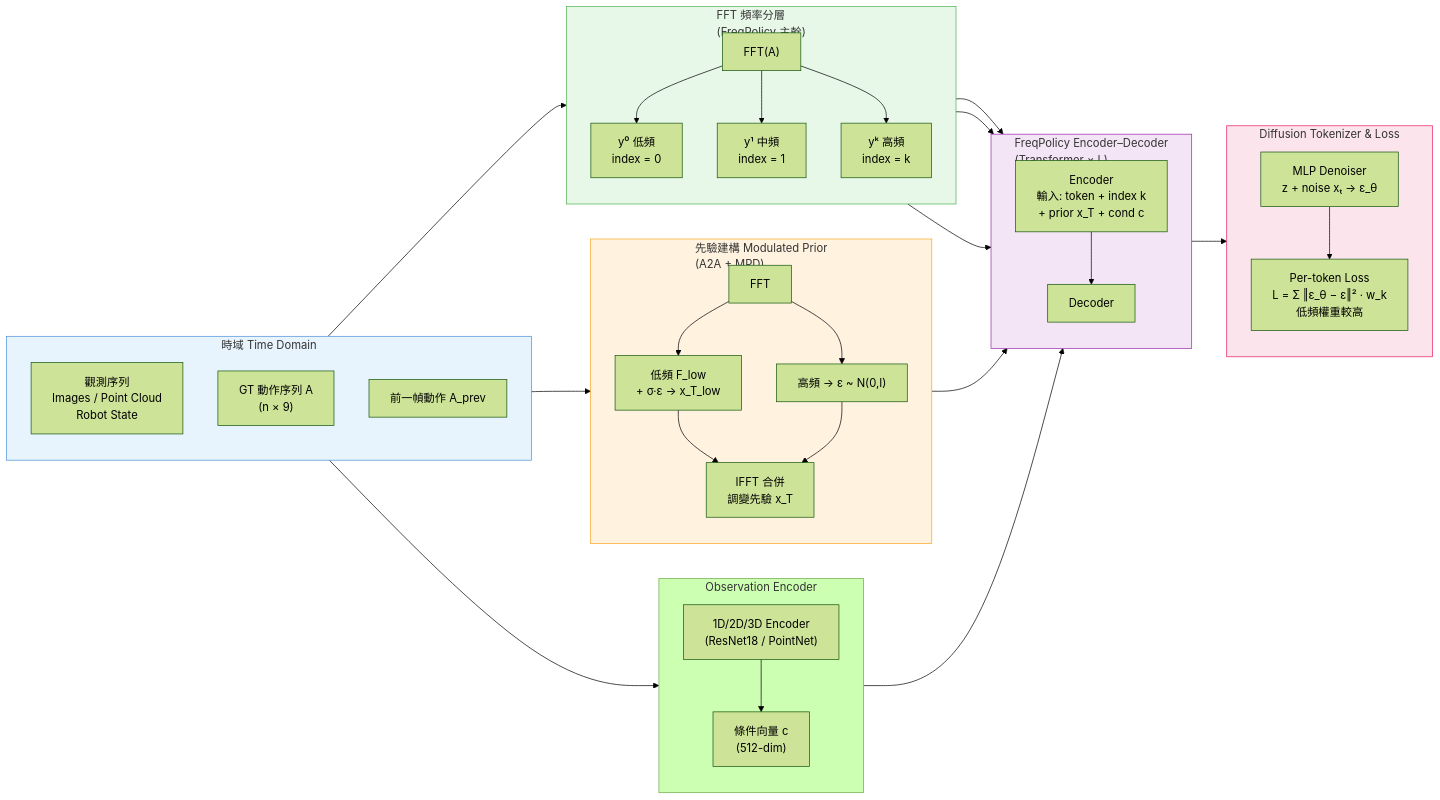
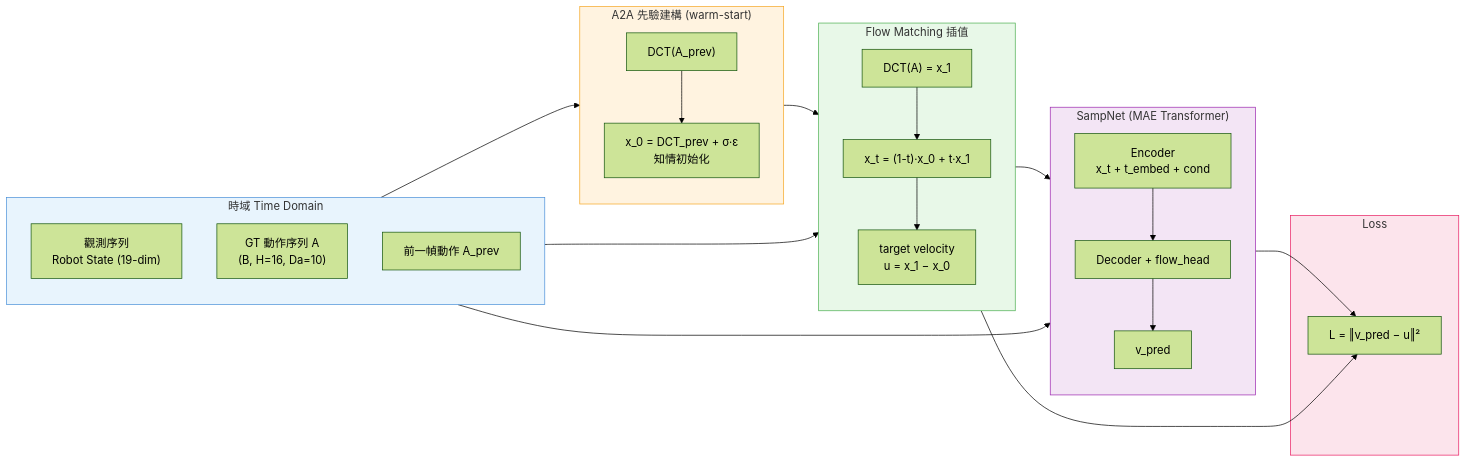
Before and after one commit to sodchuang/Spectral-Adaptive-Modulated-Prior-Diffusion: the first of 2 diagrams in README.md, drawn with Mermaid (forest theme). The commit also changed other lines of this file, not shown here.

````diff
--- a/README.md
+++ b/README.md
@@ -130,59 +7,46 @@
 ```mermaid
 flowchart LR
     subgraph TIME1["時域 Time Domain"]
         direction TB
-        OBS_IN["觀測序列\nImages / Point Cloud\nRobot State"]
-        GT["GT 動作序列 A\n(n × 9)"]
+        OBS_IN["觀測序列\nRobot State (19-dim)"]
+        GT["GT 動作序列 A\n(B, H=16, Da=10)"]
         AT1["前一幀動作 A_prev"]
     end
 
-    subgraph ENC_BLOCK["Observation Encoder"]
+    subgraph PRIOR_BLOCK["A2A 先驗建構 (warm-start)"]
         direction TB
-        OBS_IN --> ENCODER["1D/2D/3D Encoder\n(ResNet18 / PointNet)"]
-        ENCODER --> COND["條件向量 c\n(512-dim)"]
+        AT1 --> DCT_P["DCT(A_prev)"]
+        DCT_P --> X0["x_0 = DCT_prev + σ·ε\n知情初始化"]
     end
 
-    subgraph PRIOR_BLOCK["先驗建構 Modulated Prior\n(A2A + MPD)"]
+    subgraph FM_BLOCK["Flow Matching 插值"]
         direction TB
-        AT1 --> FFT_P["FFT"]
-        FFT_P --> FLOW_P["低頻 F_low\n+ σ·ε → x_T_low"]
-        FFT_P --> HIGH_P["高頻 → ε ~ N(0,I)"]
-        FLOW_P --> IFFT_P["IFFT 合併\n調變先驗 x_T"]
-        HIGH_P --> IFFT_P
+        GT --> DCT_GT["DCT(A) = x_1"]
+        X0 --> FM_INT["x_t = (1-t)·x_0 + t·x_1"]
+        DCT_GT --> FM_INT
+        FM_INT --> TARGET["target velocity\nu = x_1 − x_0"]
     end
 
-    subgraph FREQ_BLOCK["FFT 頻率分層\n(FreqPolicy 主幹)"]
+    subgraph MODEL_BLOCK["SampNet (MAE Transformer)"]
         direction TB
-        GT --> FFT_GT["FFT(A)"]
-        FFT_GT --> Y0["y⁰ 低頻\nindex = 0"]
-        FFT_GT --> Y1["y¹ 中頻\nindex = 1"]
-        FFT_GT --> YK["yᵏ 高頻\nindex = k"]
+        FP_ENC["Encoder\nx_t + t_embed + cond"]
+        FP_DEC["Decoder + flow_head"]
+        FP_ENC --> FP_DEC
+        FP_DEC --> VPRED["v_pred"]
     end
 
-    subgraph MODEL_BLOCK["FreqPolicy Encoder–Decoder\n(Transformer × L)"]
-        direction TB
-        FP_ENC["Encoder\n輸入: token + index k\n+ prior x_T + cond c"]
-        FP_DEC["Decoder"]
-        FP_ENC --> FP_DEC
+    subgraph LOSS_BLOCK["Loss"]
+        LOSS_OUT["L = ‖v_pred − u‖²"]
     end
 
-    subgraph LOSS_BLOCK["Diffusion Tokenizer & Loss"]
-        direction TB
-        DT["MLP Denoiser\nz + noise xₜ → ε_θ"]
-        LOSS_OUT["Per-token Loss\nL = Σ ‖ε_θ − ε‖² · w_k\n低頻權重較高"]
-        DT --> LOSS_OUT
-    end
-
-    COND --> FP_ENC
-    IFFT_P --> FP_ENC
-    Y0 --> FP_ENC
-    Y1 --> FP_ENC
-    YK --> FP_ENC
-    FP_DEC --> DT
+    OBS_IN --> MODEL_BLOCK
+    FM_INT --> FP_ENC
+    VPRED --> LOSS_OUT
+    TARGET --> LOSS_OUT
 
     style TIME1 fill:#e8f4fd,stroke:#4a90d9
     style PRIOR_BLOCK fill:#fff3e0,stroke:#f5a623
-    style FREQ_BLOCK fill:#e8f8e8,stroke:#4caf50
+    style FM_BLOCK fill:#e8f8e8,stroke:#4caf50
     style MODEL_BLOCK fill:#f3e5f5,stroke:#9c27b0
     style LOSS_BLOCK fill:#fce4ec,stroke:#e91e63
 ```
````
